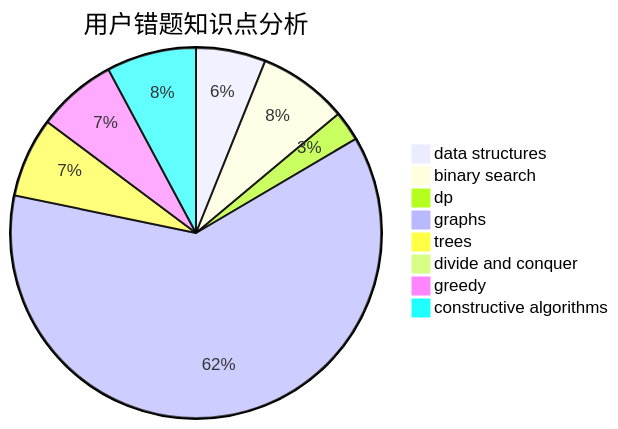
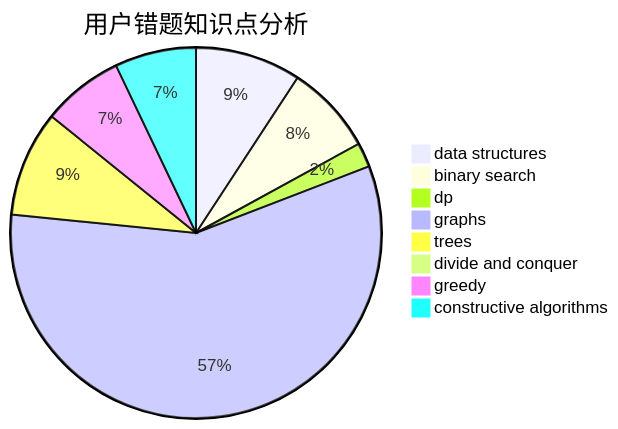
One commit to sherpahu/cfrs.github.io changed the third of 3 diagrams in docs/user/u2257.md. Above: the diagram before and after it, drawn with Mermaid. The commit also changed other lines of this file and 2770 other files, not shown here.

````diff
--- a/docs/user/u2257.md
+++ b/docs/user/u2257.md
@@ -36,11 +36,11 @@
 ```mermaid
 pie title 用户错题知识点分析
-    "data structures" :  7
-    "binary search" :  9
+    "data structures" :  13
+    "binary search" :  11
     "dp" :  3
-    "graphs" :  71
-    "trees" :  8
+    "graphs" :  81
+    "trees" :  13
     "divide and conquer" :  0
-    "greedy" :  8
-    "constructive algorithms" :  9
+    "greedy" :  10
+    "constructive algorithms" :  10
 ```
````
